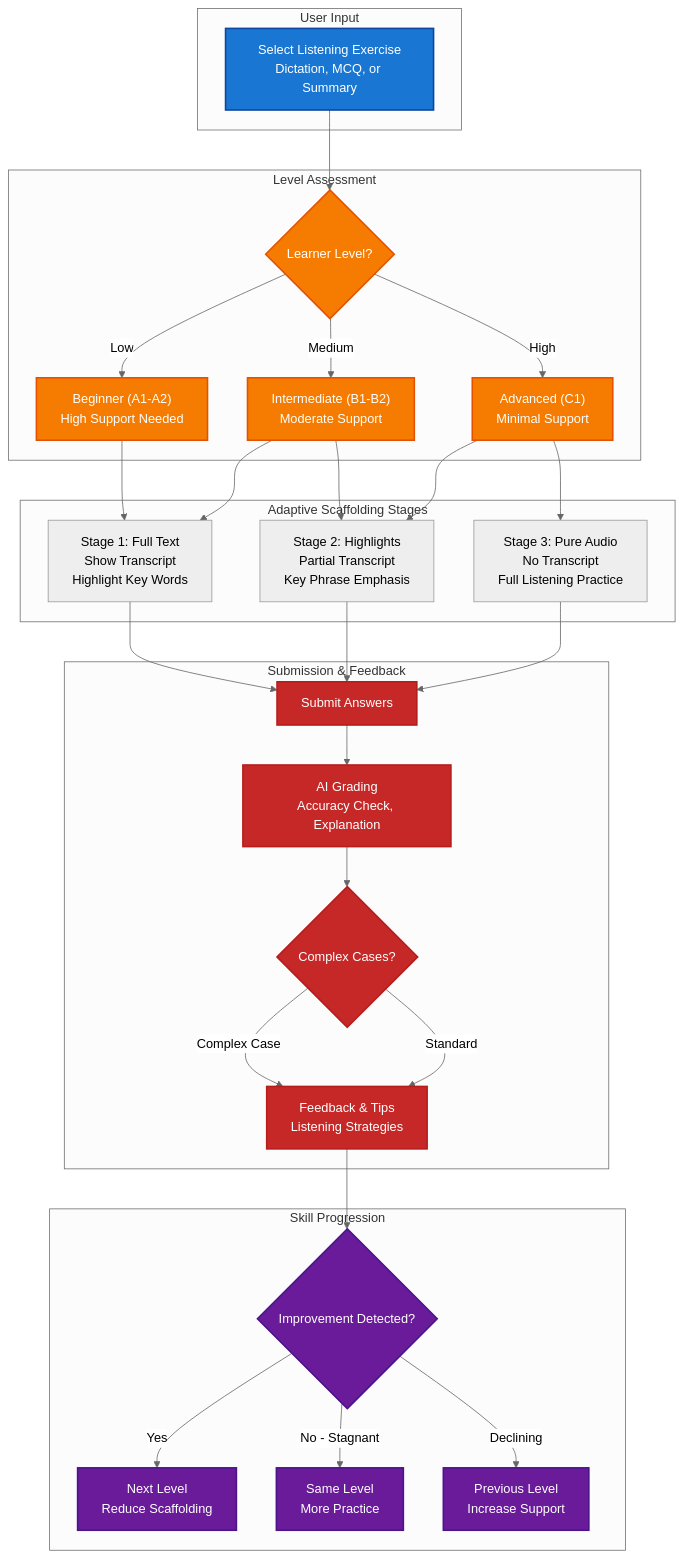
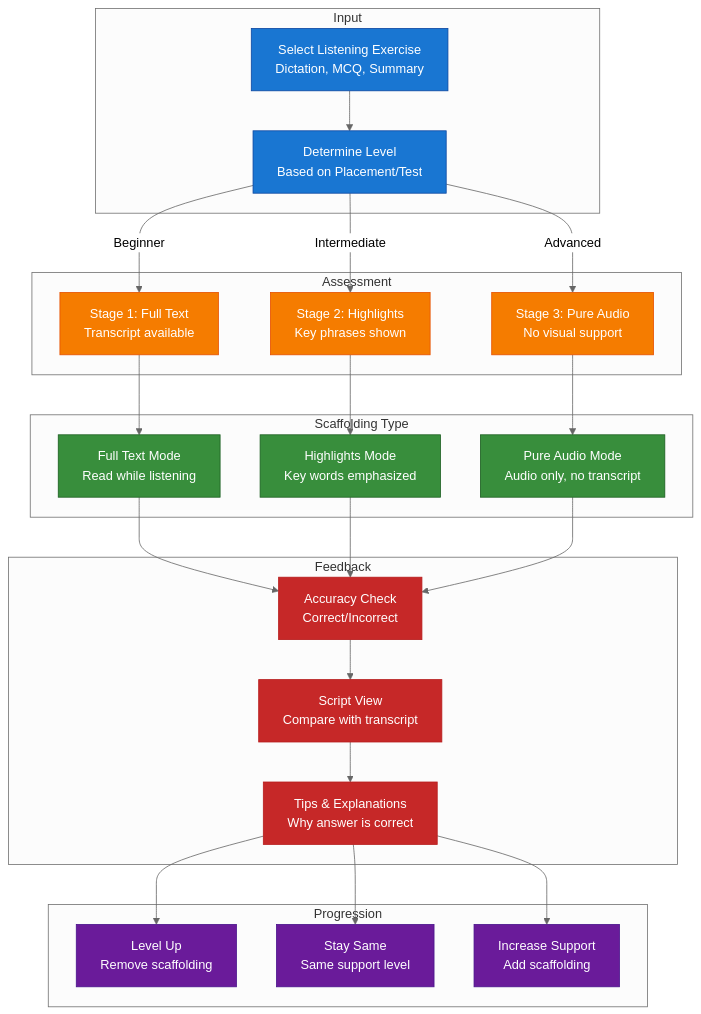
The fourth of 8 diagrams in docs/capstone/diagrams/flow-diagrams.md (nghyane/VSTEP), drawn with Mermaid (neutral theme) before and after one commit. The commit also changed other lines of this file and 1 other file, not shown here.

First line of the commit message:
docs: split flow diagrams into English and Vietnamese versions

````diff
--- a/docs/capstone/diagrams/flow-diagrams.md
+++ b/docs/capstone/diagrams/flow-diagrams.md
@@ -231,72 +191,59 @@
 ```mermaid
 flowchart TB
-    subgraph Input["User Input"]
-        selectL["Select Listening Exercise<br/>Dictation, MCQ, or Summary"]
+    subgraph Input ["Input"]
+        Exercise["Select Listening Exercise<br/>Dictation, MCQ, Summary"]
+        Level["Determine Level<br/>Based on Placement/Test"]
     end
 
-    subgraph AssessmentL["Level Assessment"]
-        levelL{"Learner Level?"}
-        beginnerL["Beginner (A1-A2)<br/>High Support Needed"]
-        intermediateL["Intermediate (B1-B2)<br/>Moderate Support"]
-        advancedL["Advanced (C1)<br/>Minimal Support"]
+    subgraph Assessment ["Assessment"]
+        Stage1["Stage 1: Full Text<br/>Transcript available"]
+        Stage2["Stage 2: Highlights<br/>Key phrases shown"]
+        Stage3["Stage 3: Pure Audio<br/>No visual support"]
     end
 
-    subgraph ScaffoldL["Adaptive Scaffolding Stages"]
-        stage1L["Stage 1: Full Text<br/>Show Transcript<br/>Highlight Key Words"]
-        stage2L["Stage 2: Highlights<br/>Partial Transcript<br/>Key Phrase Emphasis"]
-        stage3L["Stage 3: Pure Audio<br/>No Transcript<br/>Full Listening Practice"]
+    subgraph Scaffold ["Scaffolding Type"]
+        FullText["Full Text Mode<br/>Read while listening"]
+        Highlights["Highlights Mode<br/>Key words emphasized"]
+        PureAudio["Pure Audio Mode<br/>Audio only, no transcript"]
     end
 
-    subgraph SubmissionL["Submission & Feedback"]
-        answer["Submit Answers"]
-        aiL["AI Grading<br/>Accuracy Check, Explanation"]
-        humanL{"Complex Cases?"}
-        feedbackL["Feedback & Tips<br/>Listening Strategies"]
+    subgraph Feedback ["Feedback"]
+        Accuracy["Accuracy Check<br/>Correct/Incorrect"]
+        Script["Script View<br/>Compare with transcript"]
+        Tips["Tips & Explanations<br/>Why answer is correct"]
     end
 
-    subgraph ProgressionL["Skill Progression"]
-        improveL{"Improvement Detected?"}
-        nextL["Next Level<br/>Reduce Scaffolding"]
-        repeatL["Same Level<br/>More Practice"]
-        resetL["Previous Level<br/>Increase Support"]
+    subgraph Progression ["Progression"]
+        Up["Level Up<br/>Remove scaffolding"]
+        Stay["Stay Same<br/>Same support level"]
+        Down["Increase Support<br/>Add scaffolding"]
     end
 
-    %% Flow connections
-    selectL --> levelL
-    levelL -->|Low| beginnerL
-    levelL -->|Medium| intermediateL
-    levelL -->|High| advancedL
-    
-    beginnerL --> stage1L
-    intermediateL --> stage1L
-    intermediateL --> stage2L
-    advancedL --> stage2L
-    advancedL --> stage3L
-    
-    stage1L --> answer
-    stage2L --> answer
-    stage3L --> answer
-    
-    answer --> aiL
-    aiL --> humanL
-    humanL -->|Complex Case| feedbackL
-    humanL -->|Standard| feedbackL
-    feedbackL --> improveL
-    
-    improveL -->|Yes| nextL
-    improveL -->|No - Stagnant| repeatL
-    improveL -->|Declining| resetL
+    Exercise --> Level
+    Level -->|Beginner| Stage1
+    Level -->|Intermediate| Stage2
+    Level -->|Advanced| Stage3
+    Stage1 --> FullText
+    Stage2 --> Highlights
+    Stage3 --> PureAudio
+    FullText --> Accuracy
+    Highlights --> Accuracy
+    PureAudio --> Accuracy
+    Accuracy --> Script
+    Script --> Tips
+    Tips --> Up
+    Tips --> Stay
+    Tips --> Down
 
-    %% Styling
-    classDef input fill:#1976d2,stroke:#0d47a1,stroke-width:2px,color:#fff
-    classDef assessment fill:#f57c00,stroke:#e65100,stroke-width:2px,color:#fff
-    classDef scaffold fill:#388e3c,stroke:#1b5e20,stroke-width:2px,color:#fff
-    classDef feedback fill:#c62828,stroke:#b71c1c,stroke-width:2px,color:#fff
-    classDef progression fill:#6a1b9a,stroke:#4a148c,stroke-width:2px,color:#fff
+    classDef input fill:#1976d2,stroke:#0d47a1,color:#fff
+    classDef assessment fill:#f57c00,stroke:#e65100,color:#fff
+    classDef scaffold fill:#388e3c,stroke:#1b5e20,color:#fff
+    classDef feedback fill:#c62828,stroke:#b71c1c,color:#fff
+    classDef progression fill:#6a1b9a,stroke:#4a148c,color:#fff
 
-    class selectL input
-    class levelL,beginnerL,intermediateL,advancedL assessment
-    class stage1L,stage2L,stage3L scaffoldL
-    class answer,aiL,humanL,feedbackL feedback
-    class improveL,nextL,repeatL,resetL progression
+    class Exercise,Level input
+    class Stage1,Stage2,Stage3 assessment
+    class FullText,Highlights,PureAudio scaffold
+    class Accuracy,Script,Tips feedback
+    class Up,Stay,Down progression
 ```
````
